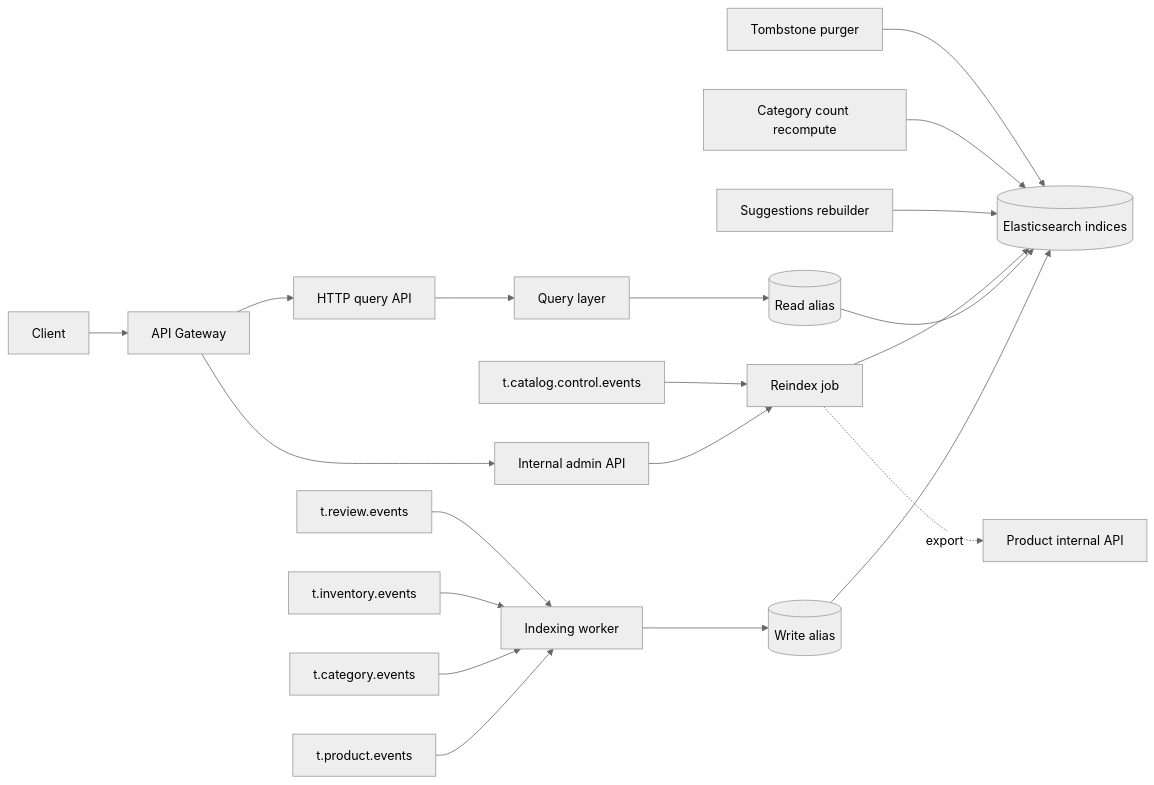
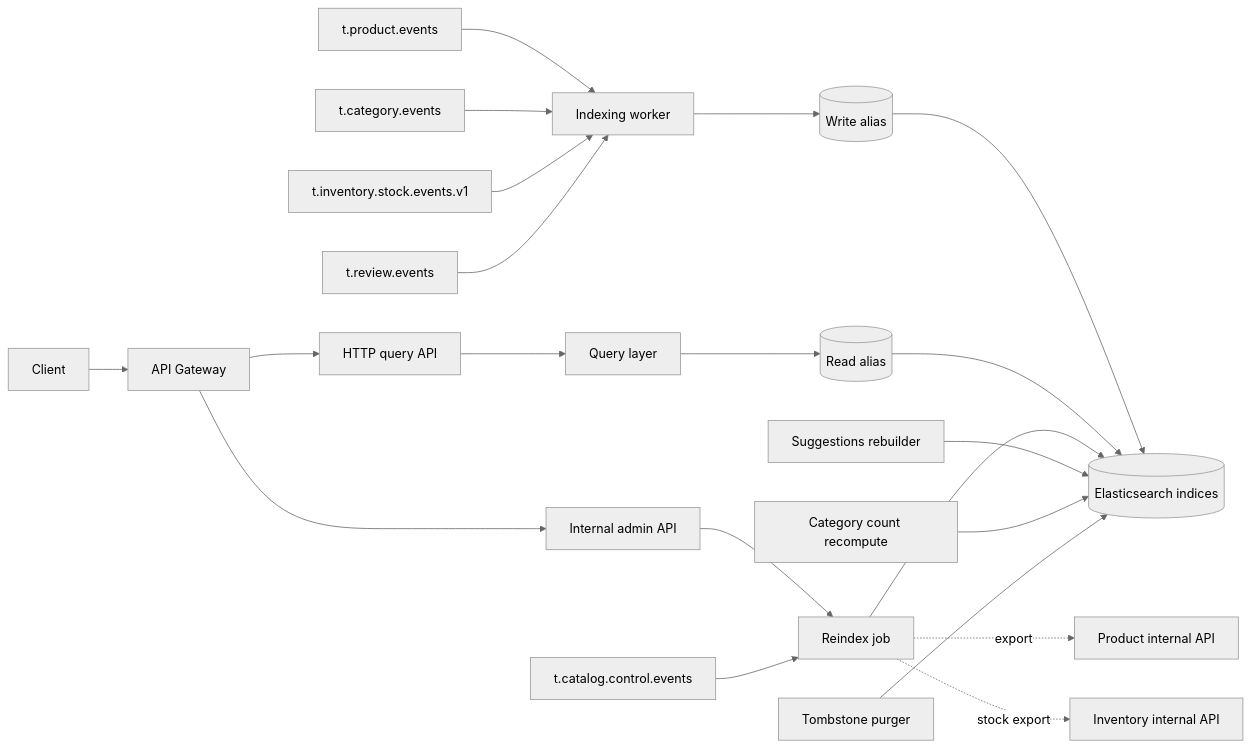
The diagram in docs/search/architecture.md (quangdung2110/e-commerce-microservices), drawn with Mermaid (neutral theme) before and after one commit. The commit also changed other lines of this file and 28 other files, not shown here.

````diff
--- a/docs/search/architecture.md
+++ b/docs/search/architecture.md
@@ -27,22 +27,23 @@
 ```mermaid
 flowchart LR
   C[Client] --> G[API Gateway]
   G --> API[HTTP query API]
   G --> IAPI[Internal admin API]
   API --> Q[Query layer]
   IAPI --> RJ[Reindex job]
   PE[t.product.events] --> W[Indexing worker]
   CE[t.category.events] --> W
   CCE[t.catalog.control.events] --> RJ
-  IE[t.inventory.events] --> W
+  IE[t.inventory.stock.events.v1] --> W
   RE[t.review.events] --> W
   W --> WA[(Write alias)]
   Q --> RA[(Read alias)]
   WA --> ES[(Elasticsearch indices)]
   RA --> ES
   RJ --> ES
   SR[Suggestions rebuilder] --> ES
   CC[Category count recompute] --> ES
   TP[Tombstone purger] --> ES
   RJ -.export.-> P[Product internal API]
+  RJ -.stock export.-> INV[Inventory internal API]
 ```
````
